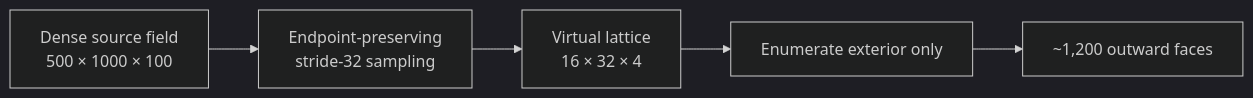
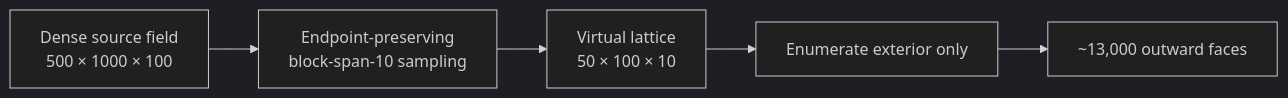
The tenth of 11 diagrams in REPORT.md (michael-weems/raylib_practice), drawn with Mermaid (dark theme) before and after one commit. The commit also changed other lines of this file and 43 other files, not shown here.

````diff
--- a/REPORT.md
+++ b/REPORT.md
@@ -782,7 +804,7 @@
 ```mermaid
 flowchart LR
-    A["Dense source field<br/>500 × 1000 × 100"] --> B["Endpoint-preserving<br/>stride-32 sampling"]
-    B --> C["Virtual lattice<br/>16 × 32 × 4"]
+    A["Dense source field<br/>500 × 1000 × 100"] --> B["Endpoint-preserving<br/>block-span-10 sampling"]
+    B --> C["Virtual lattice<br/>50 × 100 × 10"]
     C --> D["Enumerate exterior only"]
-    D --> E["~1,200 outward faces"]
+    D --> E["~13,000 outward faces"]
 ```
````
